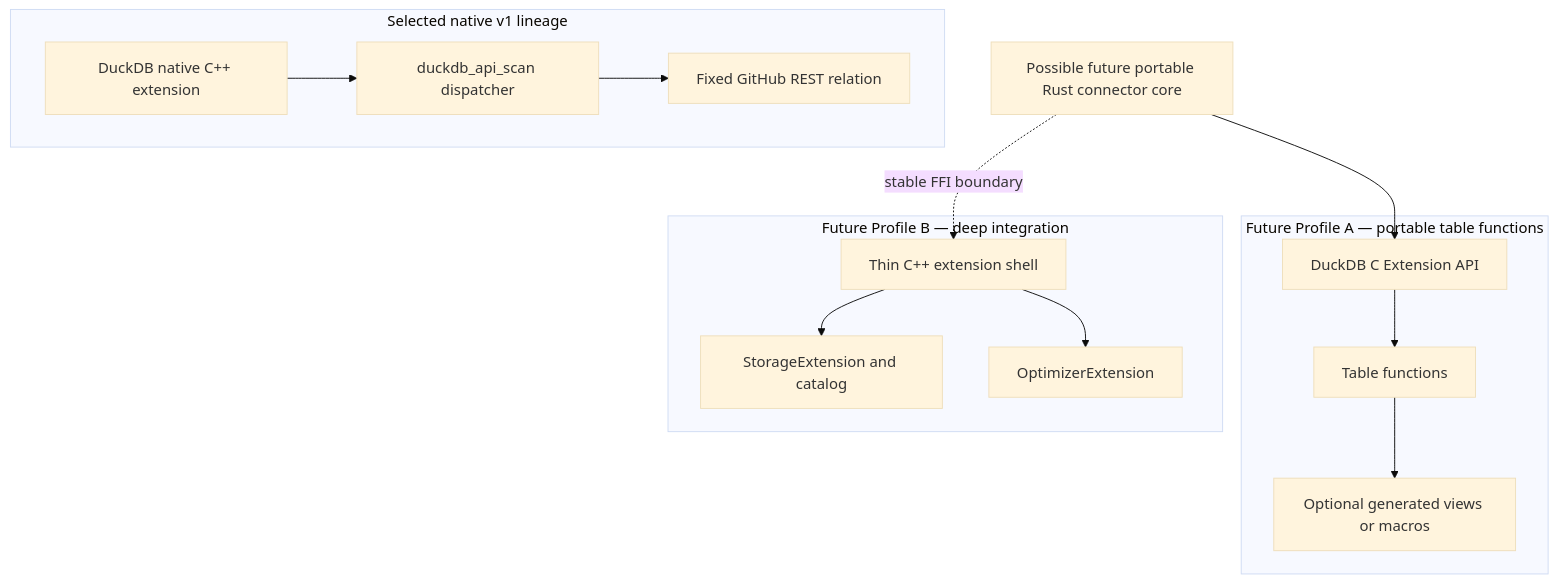
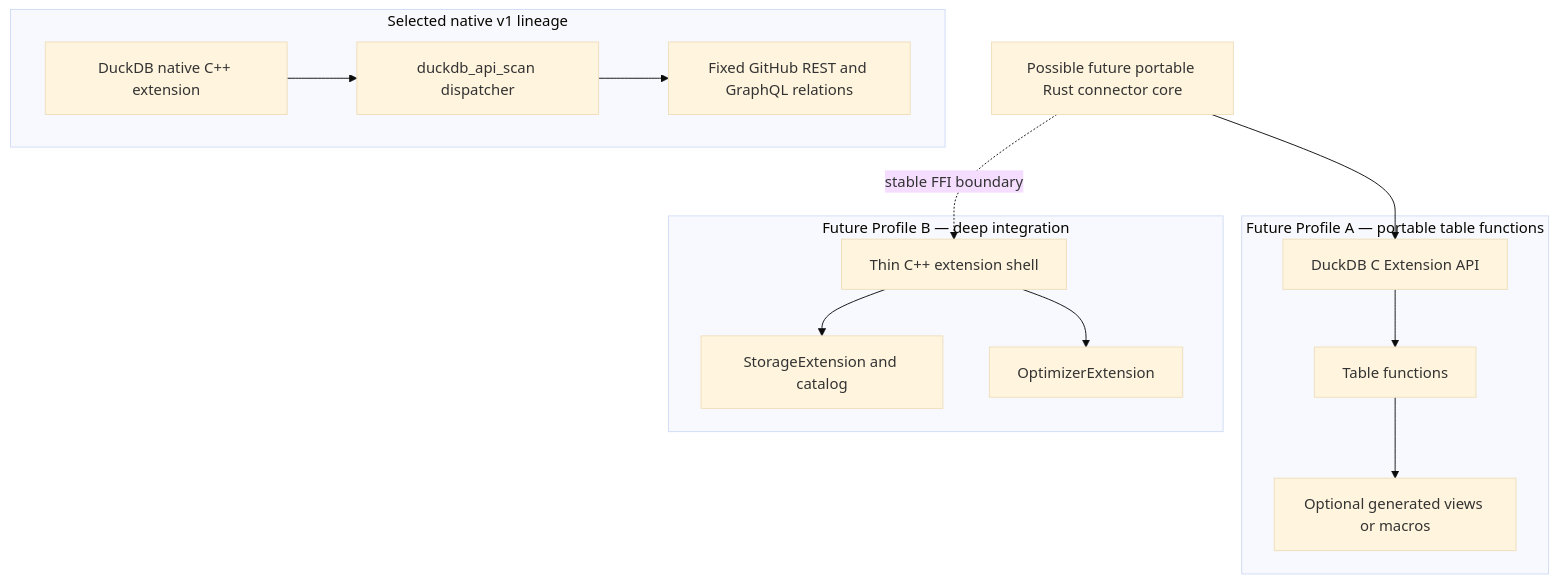
Before and after one commit to ngalluzzo/duckdb-fdw: the second of 6 diagrams in docs/ARCHITECTURE.md, drawn with Mermaid (base theme). The commit also changed other lines of this file and 29 other files, not shown here.

First line of the commit message:
chore(release): integrate 0.7 GraphQL evidence

````diff
--- a/docs/ARCHITECTURE.md
+++ b/docs/ARCHITECTURE.md
@@ -185,29 +189,29 @@
 ```mermaid
 flowchart TB
     CORE[Possible future portable Rust connector core]
 
     subgraph P[Selected native v1 lineage]
         NATIVE[DuckDB native C++ extension]
         DISPATCH[duckdb_api_scan dispatcher]
-        LIVE[Fixed GitHub REST relation]
+        LIVE[Fixed GitHub REST and GraphQL relations]
         NATIVE --> DISPATCH --> LIVE
     end
 
     subgraph A[Future Profile A — portable table functions]
         CAPI[DuckDB C Extension API]
         TF[Table functions]
         VIEW[Optional generated views or macros]
         CAPI --> TF --> VIEW
     end
 
     subgraph B[Future Profile B — deep integration]
         CPP[Thin C++ extension shell]
         CAT[StorageExtension and catalog]
         OPT[OptimizerExtension]
         CPP --> CAT
         CPP --> OPT
     end
 
     CORE --> CAPI
     CORE -. stable FFI boundary .-> CPP
 ```
````
